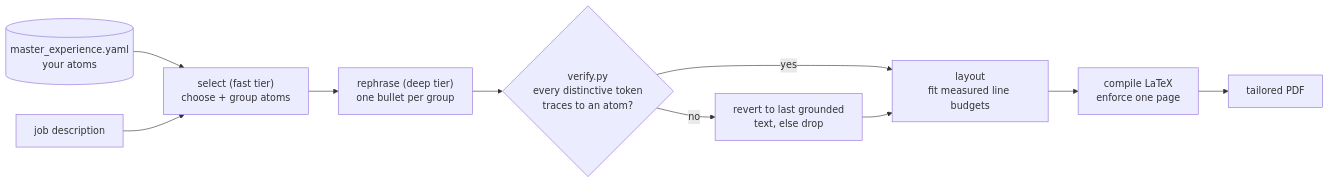
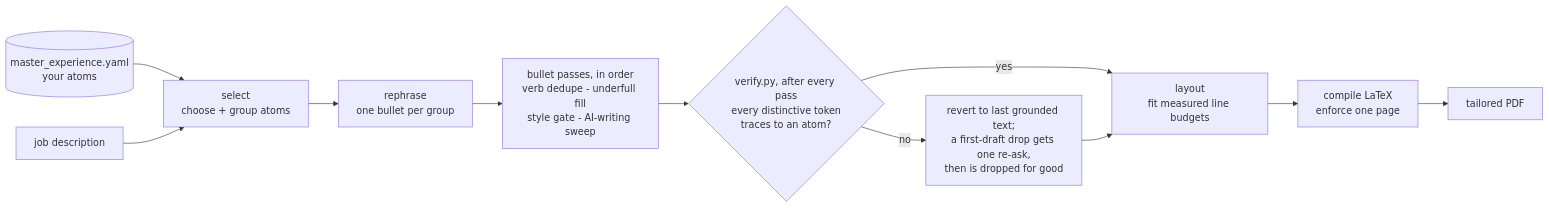
One commit to yib7/INployed changed the second of 2 diagrams in README.md. Above: the diagram before and after it, drawn with Mermaid. The commit also changed other lines of this file and 1 other file, not shown here.

````diff
--- a/README.md
+++ b/README.md
@@ -295,12 +324,13 @@
 ```mermaid
 flowchart LR
-    Y[("master_experience.yaml<br/>your atoms")] --> S["select (fast tier)<br/>choose + group atoms"]
+    Y[("master_experience.yaml<br/>your atoms")] --> S["select<br/>choose + group atoms"]
     JD["job description"] --> S
-    S --> R["rephrase (deep tier)<br/>one bullet per group"]
-    R --> V{"verify.py<br/>every distinctive token<br/>traces to an atom?"}
+    S --> R["rephrase<br/>one bullet per group"]
+    R --> PS["bullet passes, in order<br/>verb dedupe - underfull fill<br/>style gate - AI-writing sweep"]
+    PS --> V{"verify.py, after every pass<br/>every distinctive token<br/>traces to an atom?"}
     V -->|yes| LO["layout<br/>fit measured line budgets"]
-    V -->|no| RV["revert to last grounded<br/>text, else drop"]
+    V -->|no| RV["revert to last grounded text;<br/>a first-draft drop gets one re-ask,<br/>then is dropped for good"]
     RV --> LO
     LO --> C["compile LaTeX<br/>enforce one page"]
     C --> P["tailored PDF"]
 ```
````
